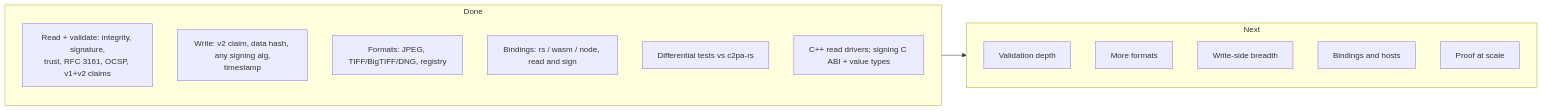
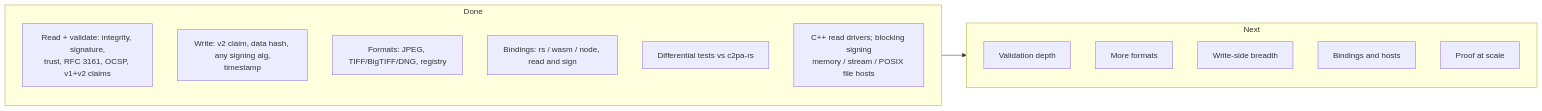
Before and after one commit to scouten/state-machine-experiment: the diagram in docs/walkthrough/09-future.md, drawn with Mermaid. The commit also changed other lines of this file and 8 other files, not shown here.

First line of the commit message:
feat(cpp): add phase-three blocking signing drivers

````diff
--- a/docs/walkthrough/09-future.md
+++ b/docs/walkthrough/09-future.md
@@ -8,21 +8,21 @@
 ```mermaid
 flowchart LR
     subgraph done["Done"]
         direction TB
         d1["Read + validate: integrity, signature,<br/>trust, RFC 3161, OCSP, v1+v2 claims"]
         d2["Write: v2 claim, data hash, any signing alg,<br/>timestamp"]
         d3["Formats: JPEG, TIFF/BigTIFF/DNG, registry"]
         d4["Bindings: rs / wasm / node, read and sign"]
         d5["Differential tests vs c2pa-rs"]
-        d6["C++ read drivers; signing C ABI + value types"]
+        d6["C++ read drivers; blocking signing<br/>memory / stream / POSIX file hosts"]
     end
     subgraph next["Next"]
         direction TB
         n1["Validation depth"]
         n2["More formats"]
         n3["Write-side breadth"]
         n4["Bindings and hosts"]
         n5["Proof at scale"]
     end
     done --> next
 ```
````
